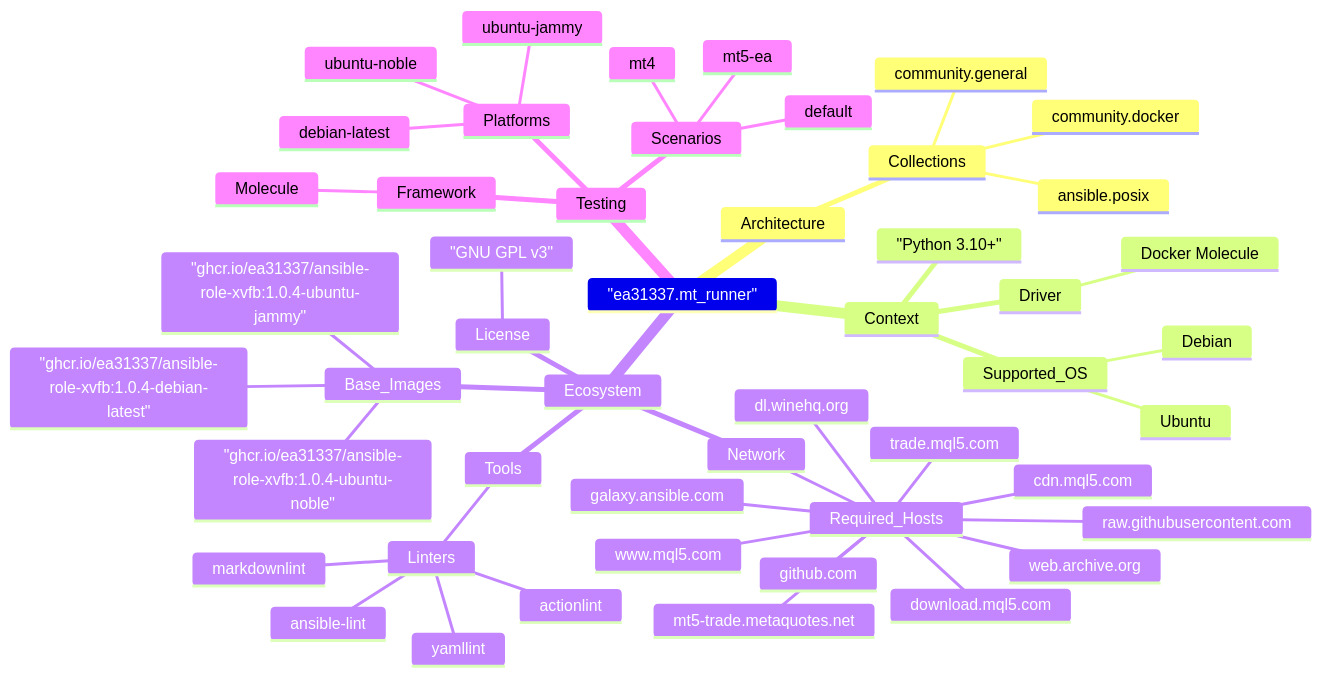
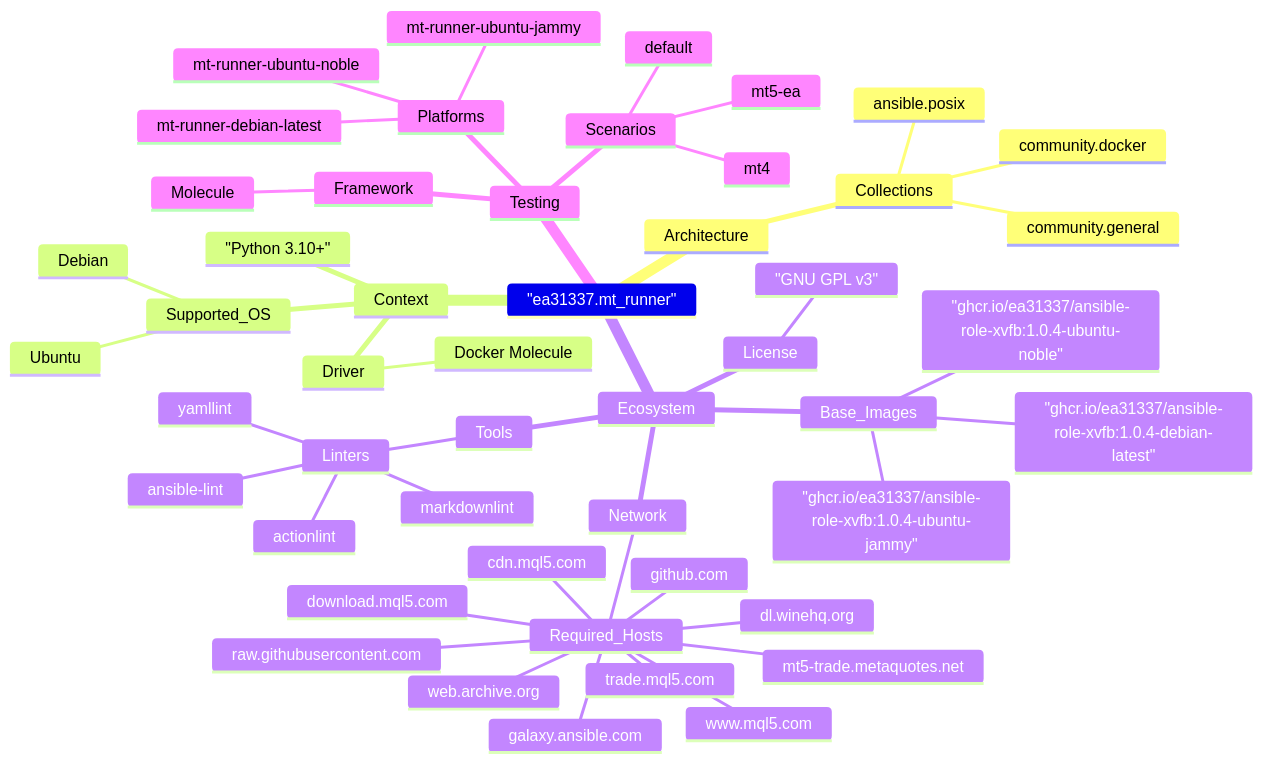
The diagram in docs/FACTS.mmd (EA31337/ansible-role-mt-runner), drawn with Mermaid before and after one commit. The commit also changed 7 other files, not shown here.

```diff
--- a/docs/FACTS.mmd
+++ b/docs/FACTS.mmd
@@ -1,52 +1,52 @@
 %% Project Facts for ea31337.mt_runner
 %% Note: Keep items in alphabetical order.
 mindmap
   "ea31337.mt_runner"
     Architecture
       Collections
         ansible.posix
         community.docker
         community.general
     Context
       Driver
         Docker Molecule
       "Python 3.10+"
       Supported_OS
         Debian
         Ubuntu
     Ecosystem
       Base_Images
         "ghcr.io/ea31337/ansible-role-xvfb:1.0.4-debian-latest"
         "ghcr.io/ea31337/ansible-role-xvfb:1.0.4-ubuntu-jammy"
         "ghcr.io/ea31337/ansible-role-xvfb:1.0.4-ubuntu-noble"
       License
         "GNU GPL v3"
       Network
         Required_Hosts
           cdn.mql5.com
           dl.winehq.org
           download.mql5.com
           galaxy.ansible.com
           github.com
           mt5-trade.metaquotes.net
           raw.githubusercontent.com
           trade.mql5.com
           web.archive.org
           www.mql5.com
       Tools
         Linters
           actionlint
           ansible-lint
           markdownlint
           yamllint
     Testing
       Framework
         Molecule
       Platforms
-        debian-latest
-        ubuntu-jammy
-        ubuntu-noble
+        mt-runner-debian-latest
+        mt-runner-ubuntu-jammy
+        mt-runner-ubuntu-noble
       Scenarios
         default
         mt4
         mt5-ea
```
